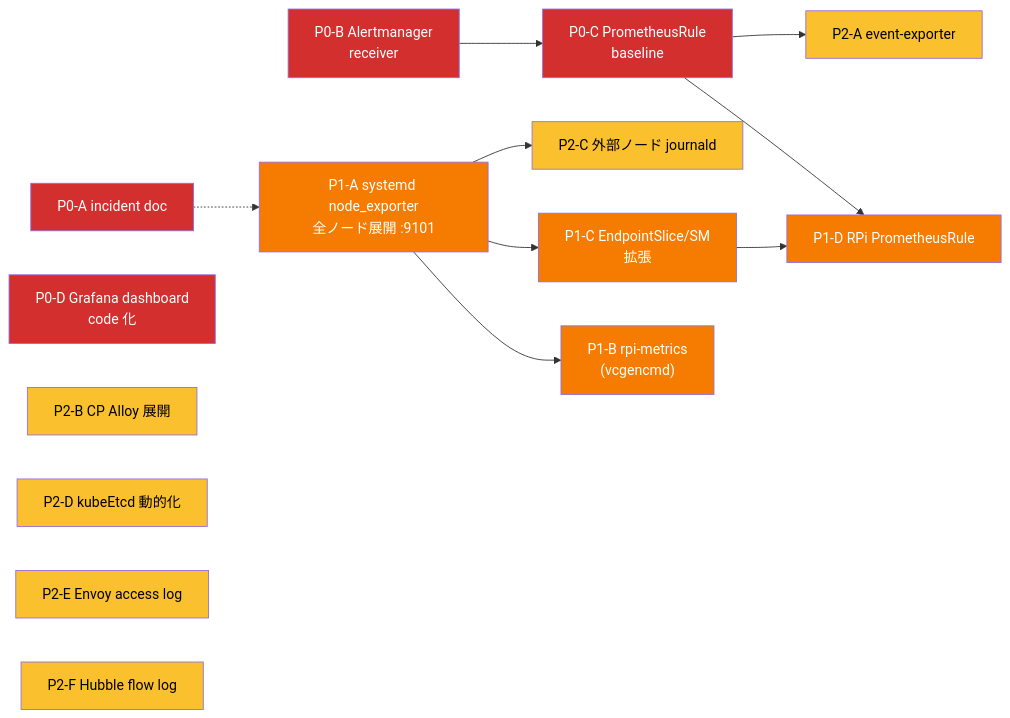
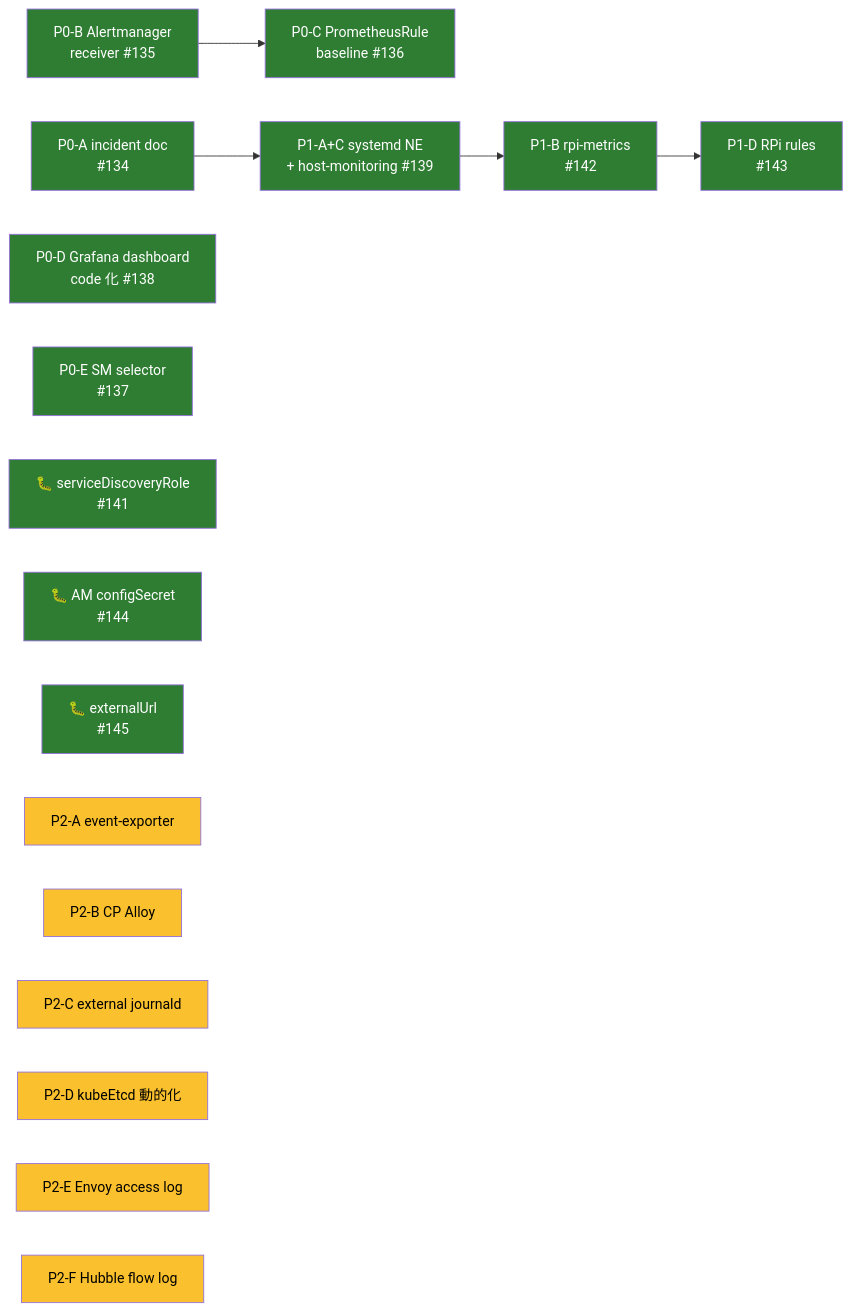
Before and after one commit to bright-room/br-cluster: the diagram in docs/observability-plan.md, drawn with Mermaid. The commit also changed other lines of this file and 1 other file, not shown here.

````diff
--- a/docs/observability-plan.md
+++ b/docs/observability-plan.md
@@ -19,33 +19,31 @@
 ```mermaid
 flowchart LR
-  classDef p0 fill:#d32f2f,color:#fff
-  classDef p1 fill:#f57c00,color:#fff
+  classDef done fill:#2e7d32,color:#fff
   classDef p2 fill:#fbc02d,color:#000
   classDef p3 fill:#9e9e9e,color:#fff
 
-  P0A["P0-A incident doc"]:::p0
-  P0B["P0-B Alertmanager<br/>receiver"]:::p0
-  P0C["P0-C PrometheusRule<br/>baseline"]:::p0
-  P0D["P0-D Grafana dashboard<br/>code 化"]:::p0
+  P0A["P0-A incident doc<br/>#134"]:::done
+  P0B["P0-B Alertmanager<br/>receiver #135"]:::done
+  P0C["P0-C PrometheusRule<br/>baseline #136"]:::done
+  P0D["P0-D Grafana dashboard<br/>code 化 #138"]:::done
+  P0E["P0-E SM selector<br/>#137"]:::done
+  P0F["🐛 serviceDiscoveryRole<br/>#141"]:::done
 
-  P1A["P1-A systemd node_exporter<br/>全ノード展開 :9101"]:::p1
-  P1B["P1-B rpi-metrics<br/>(vcgencmd)"]:::p1
-  P1C["P1-C EndpointSlice/SM<br/>拡張"]:::p1
-  P1D["P1-D RPi PrometheusRule"]:::p1
+  P1AC["P1-A+C systemd NE<br/>+ host-monitoring #139"]:::done
+  P1B["P1-B rpi-metrics<br/>#142"]:::done
+  P1D["P1-D RPi rules<br/>#143"]:::done
+  P1F["🐛 AM configSecret<br/>#144"]:::done
+  P1G["🐛 externalUrl<br/>#145"]:::done
 
   P2A["P2-A event-exporter"]:::p2
-  P2B["P2-B CP Alloy 展開"]:::p2
-  P2C["P2-C 外部ノード journald"]:::p2
+  P2B["P2-B CP Alloy"]:::p2
+  P2C["P2-C external journald"]:::p2
   P2D["P2-D kubeEtcd 動的化"]:::p2
   P2E["P2-E Envoy access log"]:::p2
   P2F["P2-F Hubble flow log"]:::p2
 
+  P0A --> P1AC
   P0B --> P0C
-  P0A -.-> P1A
-  P1A --> P1B
-  P1A --> P1C
-  P1C --> P1D
-  P0C --> P1D
-  P1A --> P2C
-  P0C --> P2A
+  P1AC --> P1B
+  P1B --> P1D
 ```
````
